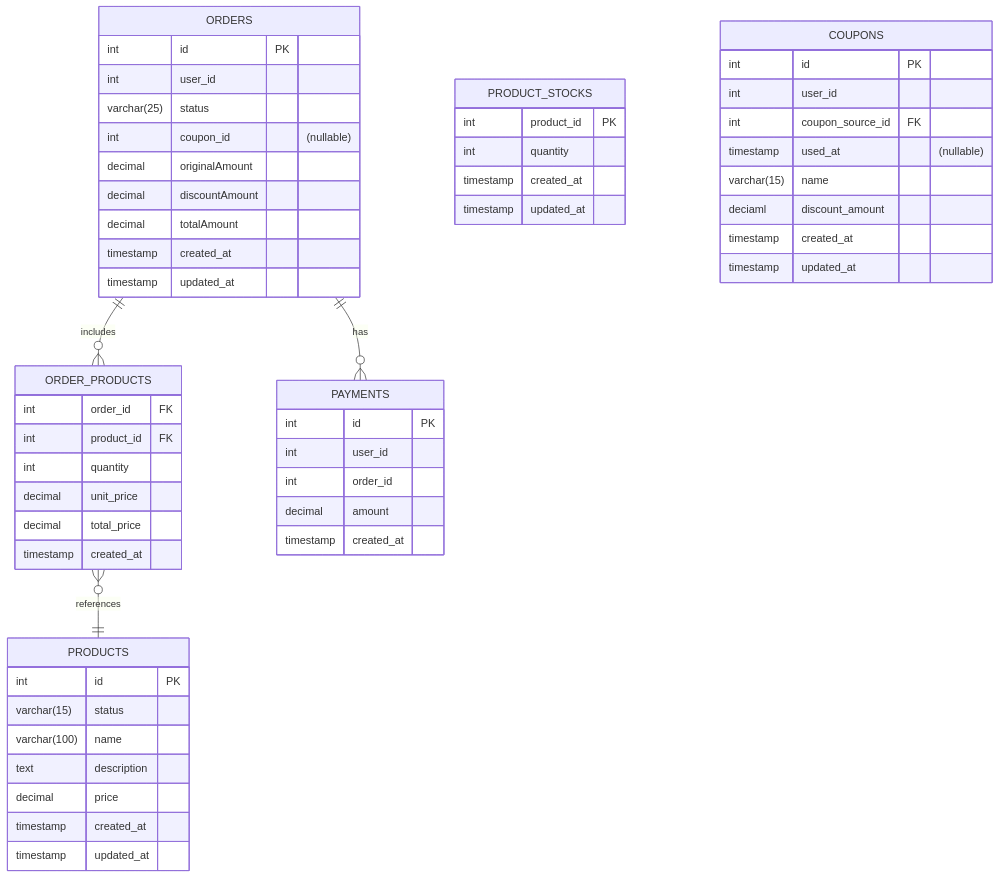
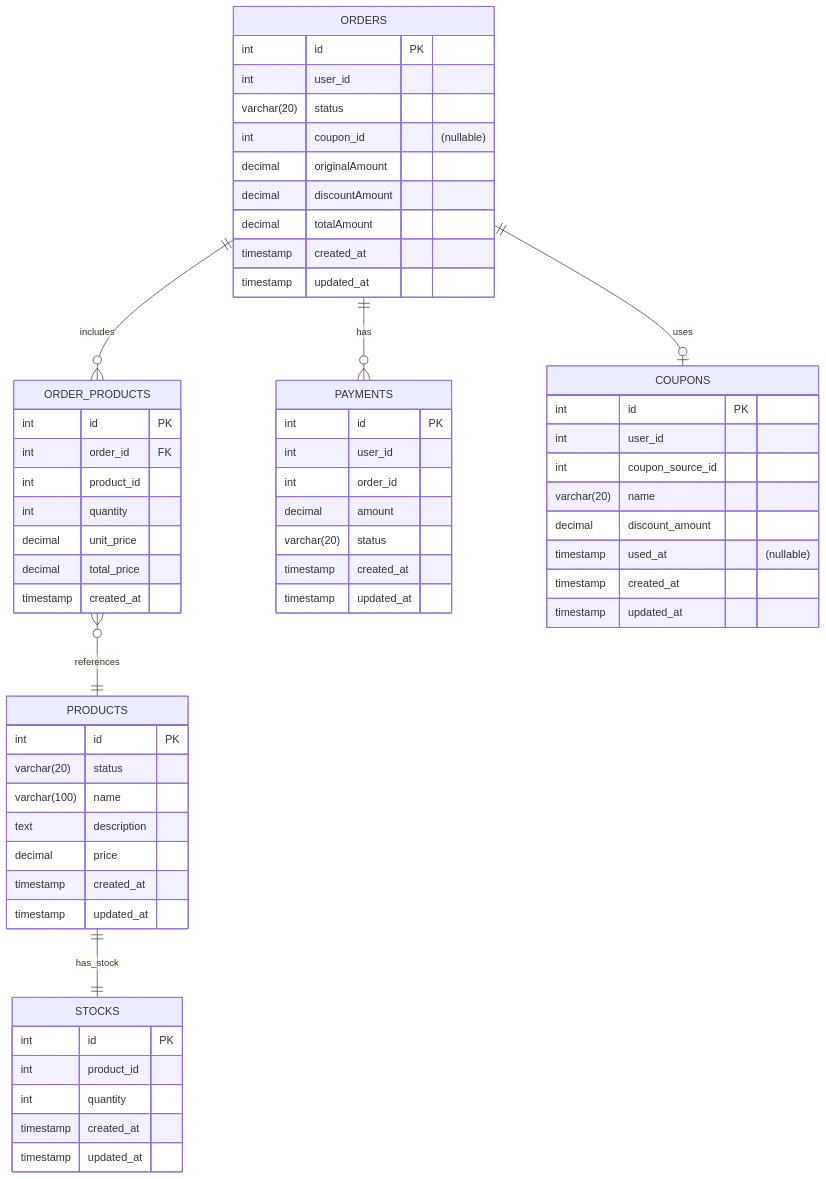
One commit to alert-kim/e-commerce changed the fifth of 5 diagrams in docs/specs/order-pay.md. Above: the diagram before and after it, drawn with Mermaid. The commit also changed other lines of this file and 12 other files, not shown here.

````diff
--- a/docs/specs/order-pay.md
+++ b/docs/specs/order-pay.md
@@ -64,58 +204,64 @@
 ```mermaid
 erDiagram
     ORDERS {
         int id PK
         int user_id
-        varchar(25) status
+        varchar(20) status
         int coupon_id "(nullable)"
         decimal originalAmount
         decimal discountAmount
         decimal totalAmount
         timestamp created_at
         timestamp updated_at
     }
     ORDER_PRODUCTS {
+        int id PK
         int order_id FK
-        int product_id FK
+        int product_id
         int quantity
         decimal unit_price
         decimal total_price
         timestamp created_at
     }
     PRODUCTS {
         int id PK
-        varchar(15) status
+        varchar(20) status
         varchar(100) name
         text description
         decimal price
         timestamp created_at
         timestamp updated_at
     }
-    PRODUCT_STOCKS {
-        int product_id PK
+    STOCKS {
+        int id PK
+        int product_id
         int quantity
         timestamp created_at
         timestamp updated_at
     } 
     PAYMENTS {
         int id PK
         int user_id
         int order_id
         decimal amount
+        varchar(20) status
         timestamp created_at
+        timestamp updated_at
     }
     COUPONS {
         int id PK
         int user_id
-        int coupon_source_id FK
+        int coupon_source_id
+        varchar(20) name
+        decimal discount_amount
         timestamp used_at "(nullable)"
-        varchar(15) name
-        deciaml discount_amount
         timestamp created_at
         timestamp updated_at
     }
-
-    ORDERS one to many ORDER_PRODUCTS: includes
-    ORDER_PRODUCTS many to one PRODUCTS: references
-    ORDERS one to many PAYMENTS: has
+    
+    ORDERS one to many ORDER_PRODUCTS : includes
+    ORDER_PRODUCTS zero or more to one PRODUCTS : references
+    PRODUCTS one to one STOCKS : has_stock
+    ORDERS one to zero or more PAYMENTS : has
+    ORDERS one to zero or one COUPONS : uses
 ```
````
